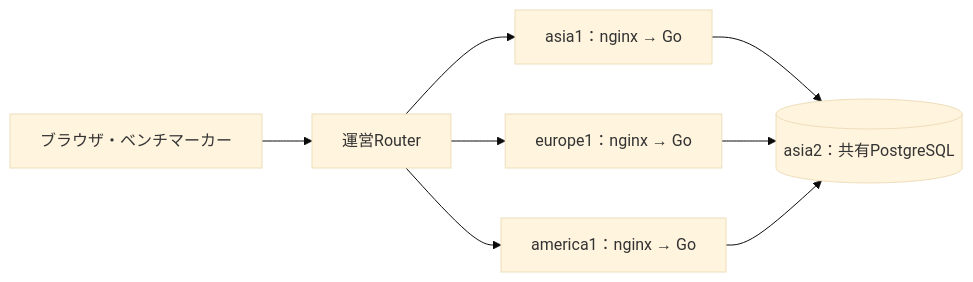
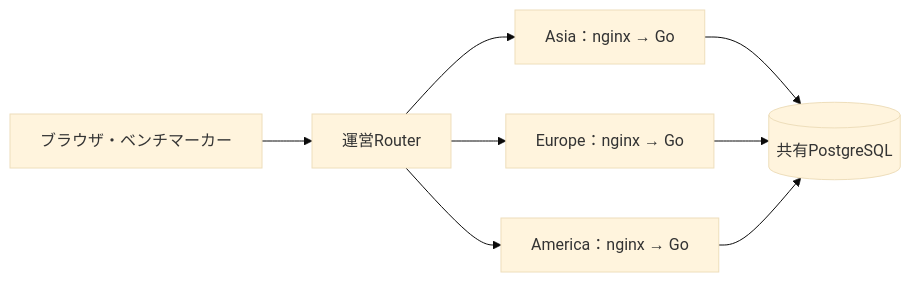
One commit to mio256/zenn changed the first of 2 diagrams in articles/isucon2026-measuring-through-the-confusion.md. Above: the diagram before and after it, drawn with Mermaid (base theme). The commit also changed other lines of this file, not shown here.

````diff
--- a/articles/isucon2026-measuring-through-the-confusion.md
+++ b/articles/isucon2026-measuring-through-the-confusion.md
@@ -31,10 +42,10 @@
 ```mermaid
 flowchart LR
   client["ブラウザ・ベンチマーカー"] --> router["運営Router"]
-  router --> asia["asia1：nginx → Go"]
-  router --> europe["europe1：nginx → Go"]
-  router --> america["america1：nginx → Go"]
-  asia --> db[("asia2：共有PostgreSQL")]
+  router --> asia["Asia：nginx → Go"]
+  router --> europe["Europe：nginx → Go"]
+  router --> america["America：nginx → Go"]
+  asia --> db[("共有PostgreSQL")]
   europe --> db
   america --> db
 ```
````
